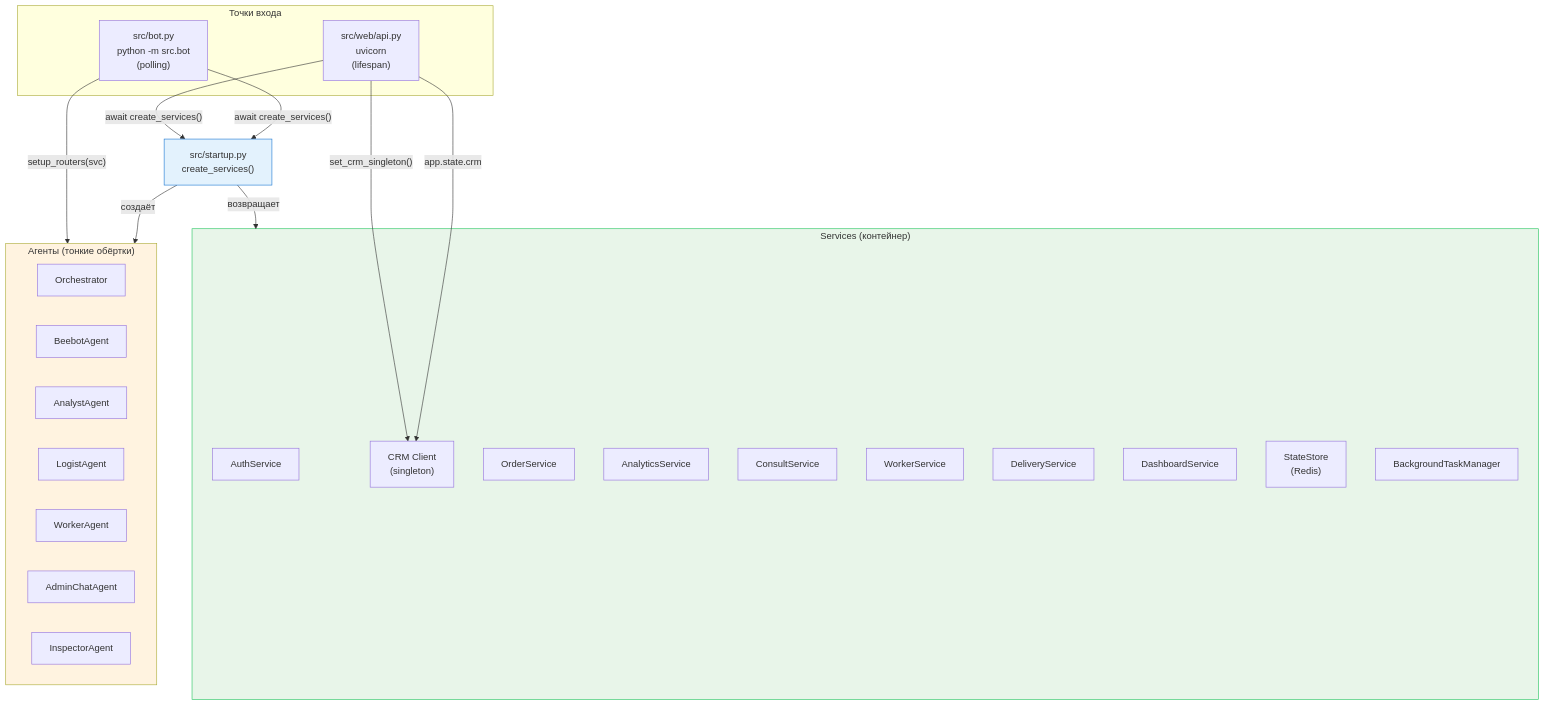
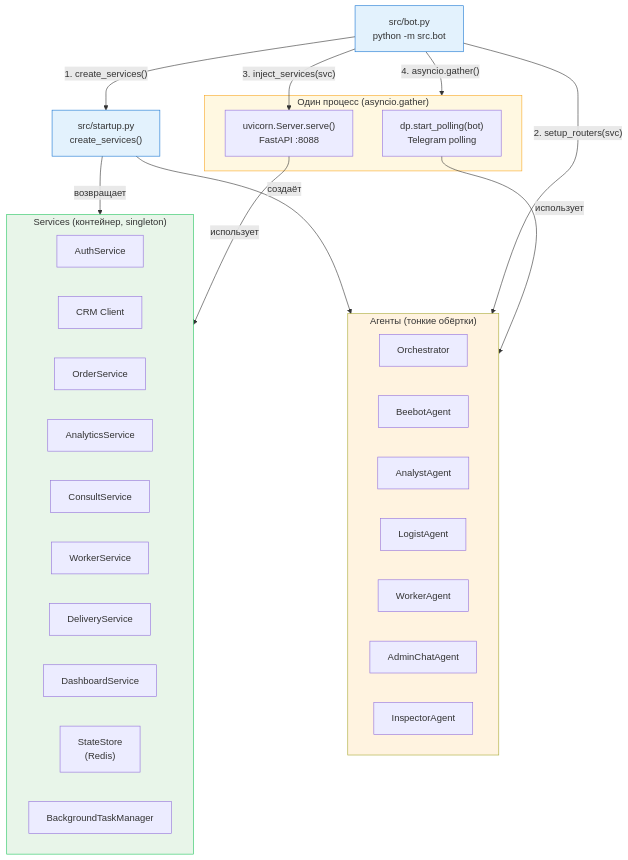
The second of 15 diagrams in docs/architecture.md (unidel2035/BEEBOT), drawn with Mermaid before and after one commit. The commit also changed other lines of this file and 4 other files, not shown here.

First line of the commit message:
refactor: один контейнер — бот + веб в одном процессе (asyncio.gather)

````diff
--- a/docs/architecture.md
+++ b/docs/architecture.md
@@ -108,47 +107,51 @@
 ```mermaid
 graph TB
-    subgraph ENTRY["Точки входа"]
-        BOT_ENTRY["src/bot.py<br/>python -m src.bot<br/>(polling)"]
-        WEB_ENTRY["src/web/api.py<br/>uvicorn<br/>(lifespan)"]
-    end
+    ENTRY["src/bot.py<br/>python -m src.bot"]
 
     STARTUP["src/startup.py<br/>create_services()"]
 
-    subgraph SERVICES["Services (контейнер)"]
+    subgraph PROCESS["Один процесс (asyncio.gather)"]
+        POLLING["dp.start_polling(bot)<br/>Telegram polling"]
+        UVICORN["uvicorn.Server.serve()<br/>FastAPI :8088"]
+    end
+
+    subgraph SERVICES["Services (контейнер, singleton)"]
         AUTH_S["AuthService"]
-        CRM_S["CRM Client<br/>(singleton)"]
+        CRM_S["CRM Client"]
         ORDER_S["OrderService"]
         ANALYTICS_S["AnalyticsService"]
         CONSULT_S["ConsultService"]
         WORKER_S["WorkerService"]
         DELIVERY_S["DeliveryService"]
         DASHBOARD_S["DashboardService"]
         STATE_S["StateStore<br/>(Redis)"]
         BG_S["BackgroundTaskManager"]
     end
 
     subgraph AGENTS["Агенты (тонкие обёртки)"]
         ORCH["Orchestrator"]
         BEEBOT_A["BeebotAgent"]
         ANALYST_A["AnalystAgent"]
         LOGIST_A["LogistAgent"]
         WORKER_A["WorkerAgent"]
         ADMIN_A["AdminChatAgent"]
         INSPECT_A["InspectorAgent"]
     end
 
-    BOT_ENTRY -->|"await create_services()"| STARTUP
-    WEB_ENTRY -->|"await create_services()"| STARTUP
-
+    ENTRY -->|"1. create_services()"| STARTUP
     STARTUP -->|"возвращает"| SERVICES
     STARTUP -->|"создаёт"| AGENTS
 
-    WEB_ENTRY -->|"app.state.crm"| CRM_S
-    WEB_ENTRY -->|"set_crm_singleton()"| CRM_S
+    ENTRY -->|"2. setup_routers(svc)"| AGENTS
+    ENTRY -->|"3. inject_services(svc)"| UVICORN
+    ENTRY -->|"4. asyncio.gather()"| PROCESS
 
-    BOT_ENTRY -->|"setup_routers(svc)"| AGENTS
+    POLLING -->|"использует"| AGENTS
+    UVICORN -->|"использует"| SERVICES
 
+    style ENTRY fill:#e3f2fd,stroke:#1976d2
     style STARTUP fill:#e3f2fd,stroke:#1976d2
     style SERVICES fill:#e8f5e9,stroke:#22c55e
     style AGENTS fill:#fff3e0
+    style PROCESS fill:#fff8e1,stroke:#f9a825
 ```
````
